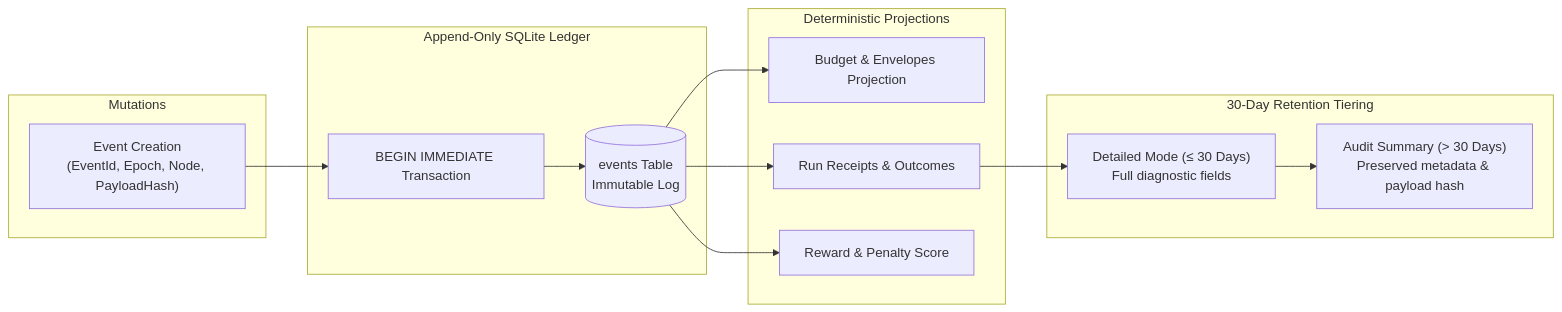
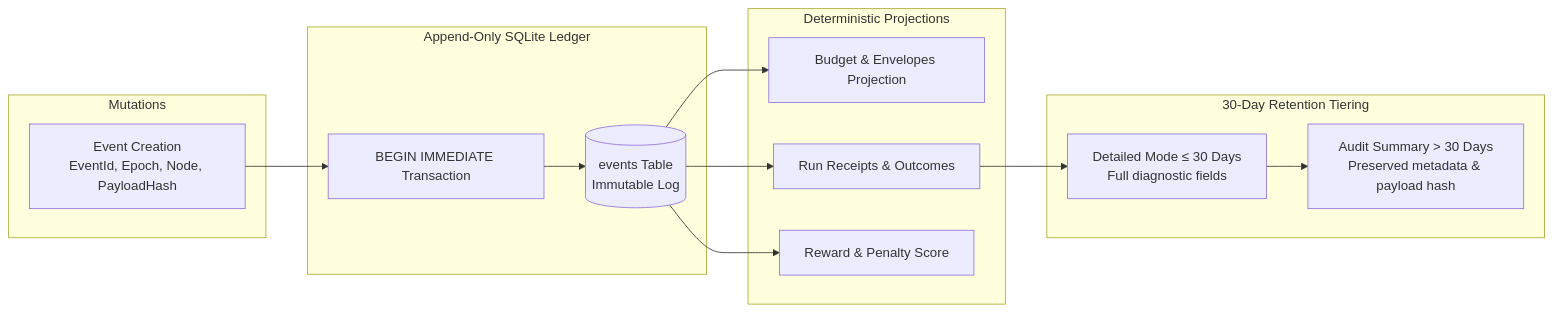
The third of 3 diagrams in README.md (dev-bricks/automation-master), drawn with Mermaid before and after one commit. The commit also changed other lines of this file and 10 other files, not shown here.

````diff
--- a/README.md
+++ b/README.md
@@ -145,30 +210,30 @@
 ```mermaid
 graph LR
     subgraph Input ["Mutations"]
-        EV["Event Creation<br/>(EventId, Epoch, Node, PayloadHash)"]
+        EV["Event Creation<br/>EventId, Epoch, Node, PayloadHash"]
     end
 
     subgraph Ledger ["Append-Only SQLite Ledger"]
         TX["BEGIN IMMEDIATE Transaction"]
         TAB[("events Table<br/>Immutable Log")]
     end
 
     subgraph Projections ["Deterministic Projections"]
         BUDGET["Budget & Envelopes Projection"]
         RECEIPTS["Run Receipts & Outcomes"]
         REWARD["Reward & Penalty Score"]
     end
 
     subgraph Retention ["30-Day Retention Tiering"]
-        DETAILED["Detailed Mode (&le; 30 Days)<br/>Full diagnostic fields"]
-        SUMMARY["Audit Summary (> 30 Days)<br/>Preserved metadata & payload hash"]
+        DETAILED["Detailed Mode &le; 30 Days<br/>Full diagnostic fields"]
+        SUMMARY["Audit Summary &gt; 30 Days<br/>Preserved metadata & payload hash"]
     end
 
     EV --> TX
     TX --> TAB
     TAB --> BUDGET
     TAB --> RECEIPTS
     TAB --> REWARD
     RECEIPTS --> DETAILED
     DETAILED --> SUMMARY
 ```
````
